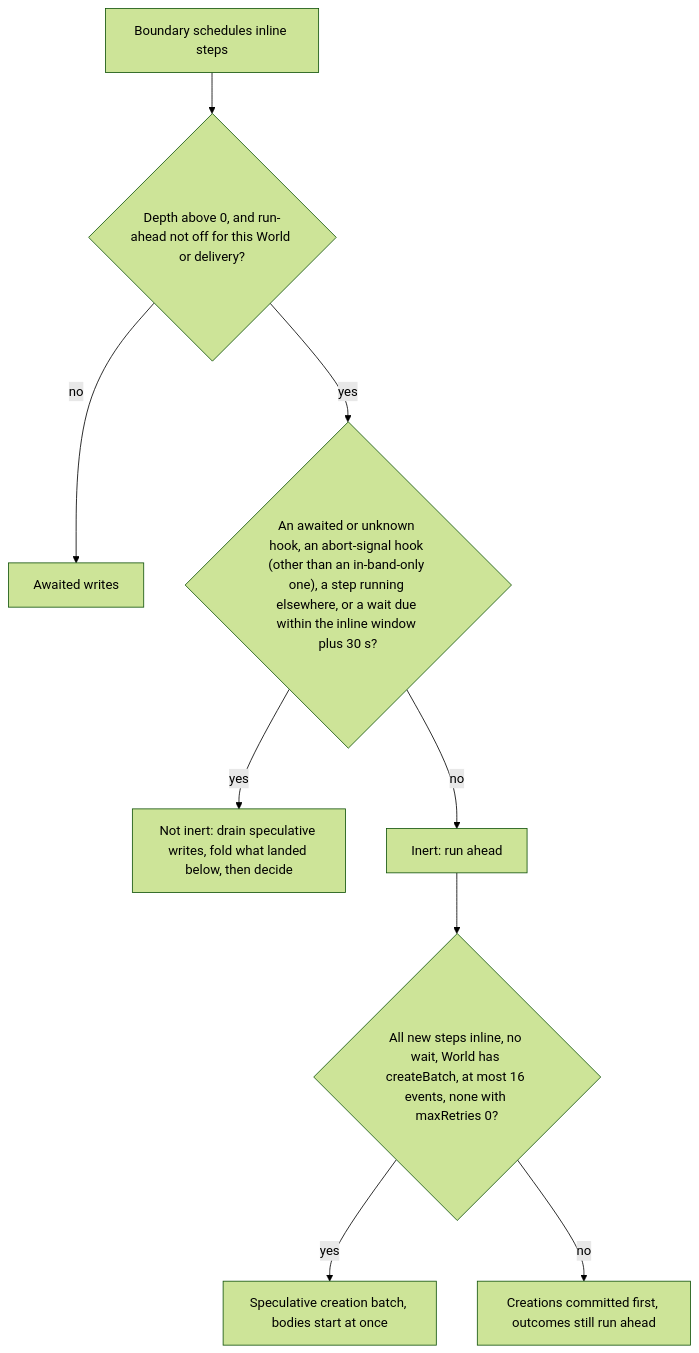
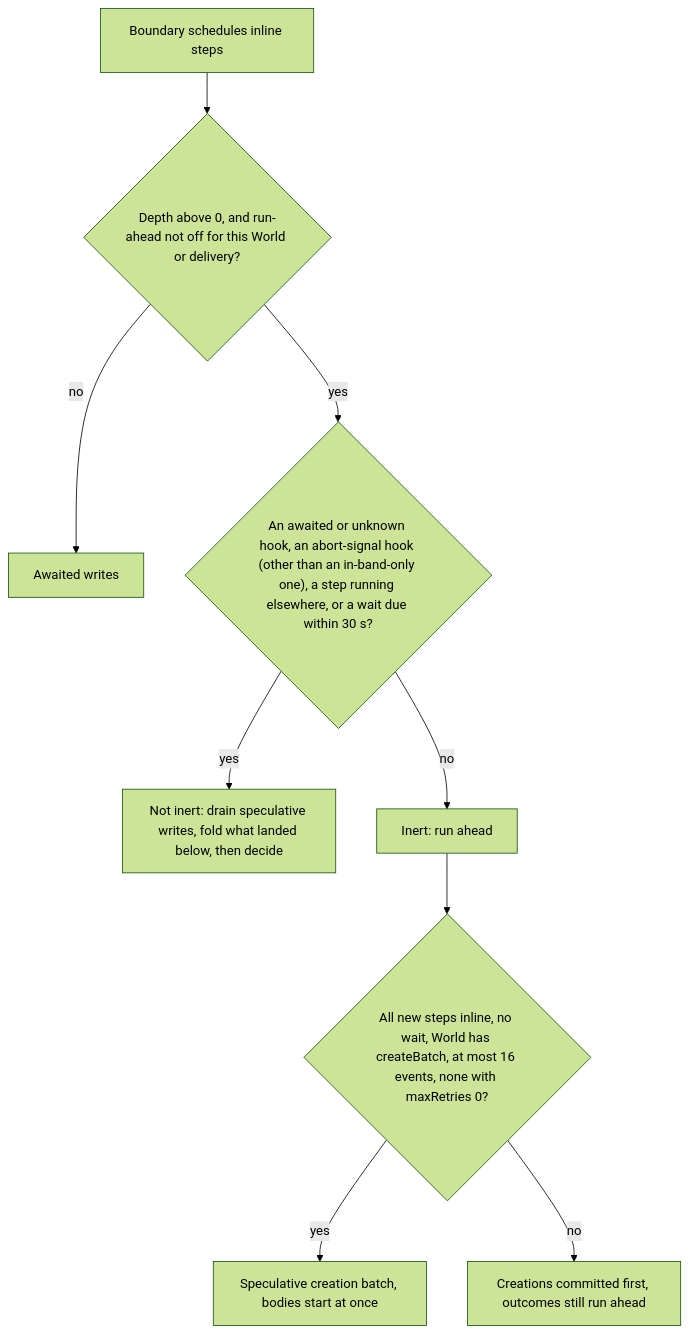
The fourth of 21 diagrams in packages/core/src/runtime/spec9/README.md (vercel/workflow), drawn with Mermaid (forest theme) before and after one commit. The commit also changed other lines of this file and 5 other files, not shown here.

Commit message:
[core] PoC: spec 9 run-ahead counts a wait as due only within the skew allowance

````diff
--- a/packages/core/src/runtime/spec9/README.md
+++ b/packages/core/src/runtime/spec9/README.md
@@ -457,11 +457,11 @@
 ```mermaid
 flowchart TD
     A["Boundary schedules inline steps"] --> B{"Depth above 0, and run-ahead not off for this World or delivery?"}
     B -->|"no"| AW["Awaited writes"]
-    B -->|"yes"| C{"An awaited or unknown hook, an abort-signal hook (other than an in-band-only one), a step running elsewhere, or a wait due within the inline window plus 30 s?"}
+    B -->|"yes"| C{"An awaited or unknown hook, an abort-signal hook (other than an in-band-only one), a step running elsewhere, or a wait due within 30 s?"}
     C -->|"yes"| DR["Not inert: drain speculative writes, fold what landed below, then decide"]
     C -->|"no"| G["Inert: run ahead"]
     G --> H{"All new steps inline, no wait, World has createBatch, at most 16 events, none with maxRetries 0?"}
     H -->|"yes"| SC["Speculative creation batch, bodies start at once"]
     H -->|"no"| PC["Creations committed first, outcomes still run ahead"]
 ```
````
